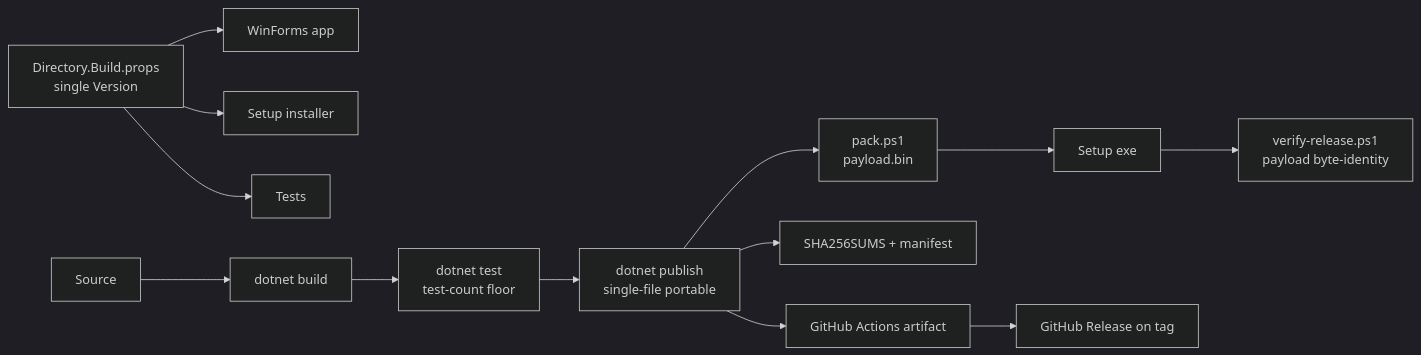
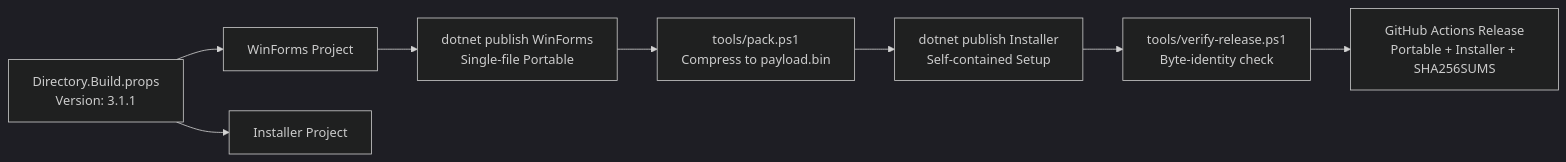
The sixth of 6 diagrams in docs/ARCHITECTURE.md (Mostakim2005/clipboard-manager), drawn with Mermaid (dark theme) before and after one commit. The commit also changed other lines of this file and 9 other files, not shown here.

Commit message:
release: v3.1.1 dual cloud build (portable + setup) and modular documentation

````diff
--- a/docs/ARCHITECTURE.md
+++ b/docs/ARCHITECTURE.md
@@ -222,15 +266,10 @@
 ```mermaid
 flowchart LR
-    V["Directory.Build.props<br/>single Version"] --> App["WinForms app"]
-    V --> Installer["Setup installer"]
-    V --> Tests["Tests"]
-    Src["Source"] --> Build["dotnet build"]
-    Build --> Test["dotnet test<br/>test-count floor"]
-    Test --> Publish["dotnet publish<br/>single-file portable"]
-    Publish --> Pack["pack.ps1<br/>payload.bin"]
-    Pack --> Setup["Setup exe"]
-    Publish --> Hash["SHA256SUMS + manifest"]
-    Setup --> Verify["verify-release.ps1<br/>payload byte-identity"]
-    Publish --> CI["GitHub Actions artifact"]
-    CI --> Release["GitHub Release on tag"]
+    V["Directory.Build.props<br/>Version: 3.1.1"] --> WinForms["WinForms Project"]
+    V --> Installer["Installer Project"]
+    WinForms --> Build["dotnet publish WinForms<br/>Single-file Portable"]
+    Build --> Pack["tools/pack.ps1<br/>Compress to payload.bin"]
+    Pack --> BuildSetup["dotnet publish Installer<br/>Self-contained Setup"]
+    BuildSetup --> Verify["tools/verify-release.ps1<br/>Byte-identity check"]
+    Verify --> Release["GitHub Actions Release<br/>Portable + Installer + SHA256SUMS"]
 ```
````
